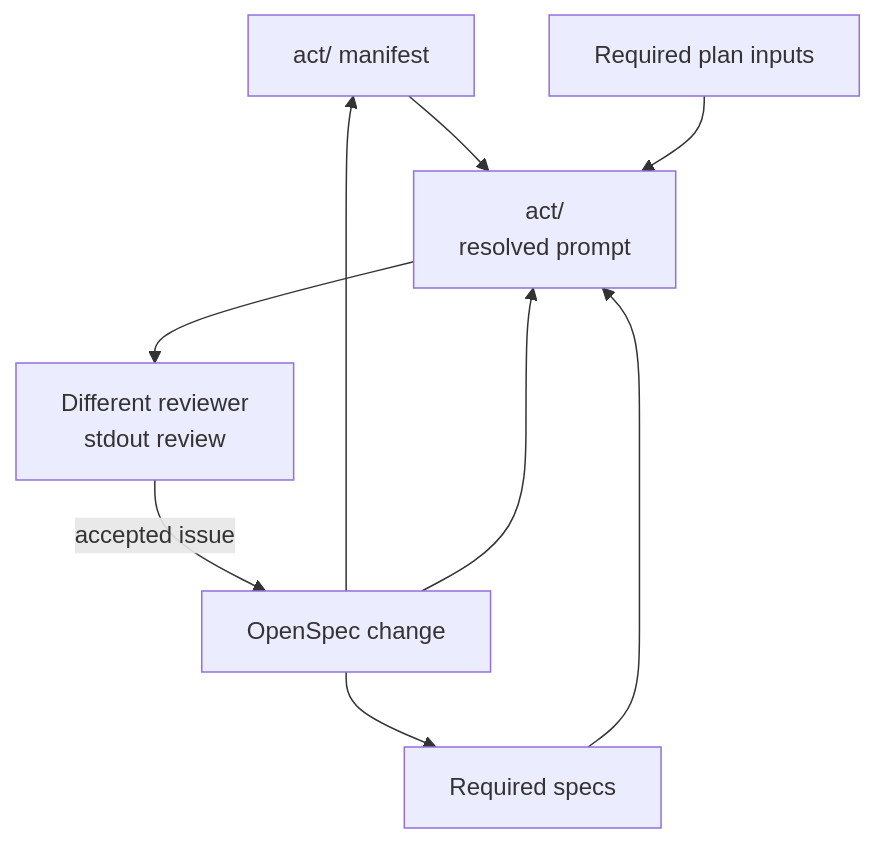
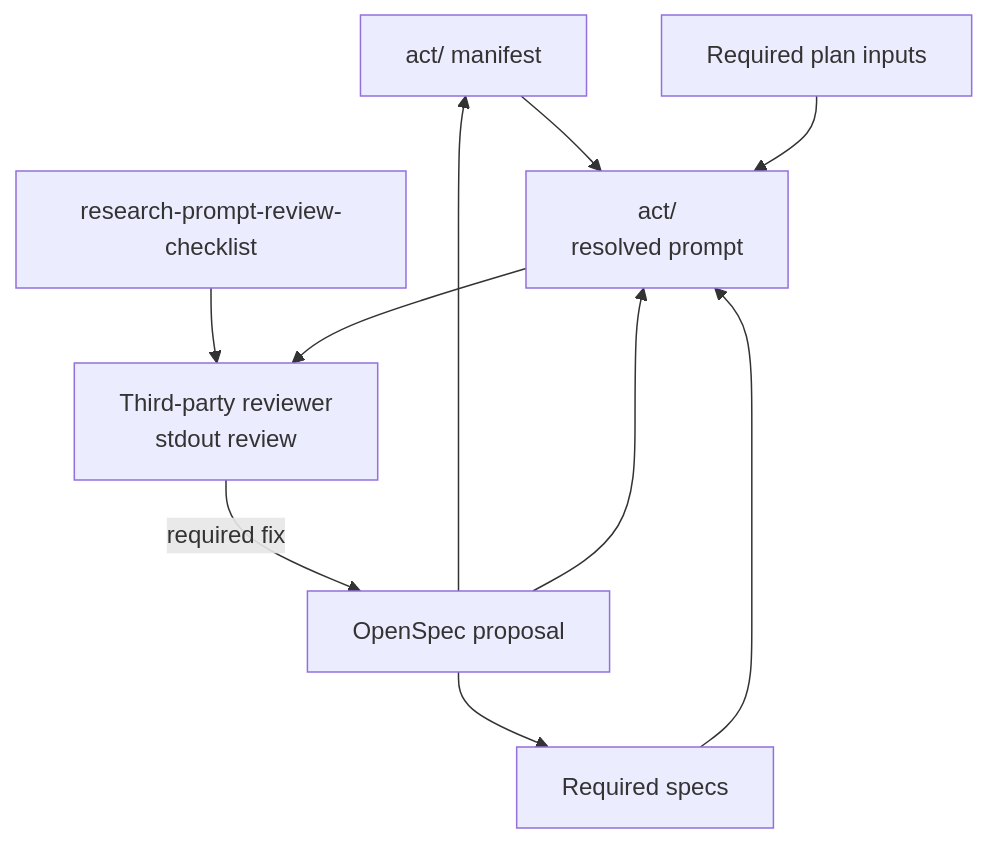
The second of 2 diagrams in README.md (dtcc-platform/udt-platforms-mapping), drawn with Mermaid before and after one commit. The commit also changed other lines of this file and 8 other files, not shown here.

Commit message:
Add prompt review checklist

````diff
--- a/README.md
+++ b/README.md
@@ -112,18 +114,20 @@
 ```mermaid
 flowchart TD
     M["act/ manifest"]
     S["Required specs"]
     P["Required plan inputs"]
     R["act/\nresolved prompt"]
-    V["Different reviewer\nstdout review"]
-    D["OpenSpec change"]
+    K["research-prompt-review-checklist"]
+    V["Third-party reviewer\nstdout review"]
+    D["OpenSpec proposal"]
 
     M --> R
     S --> R
     P --> R
+    K --> V
     R --> V
-    V -->|accepted issue| D
+    V -->|required fix| D
     D --> S
     D --> M
     D --> R
 ```
````
